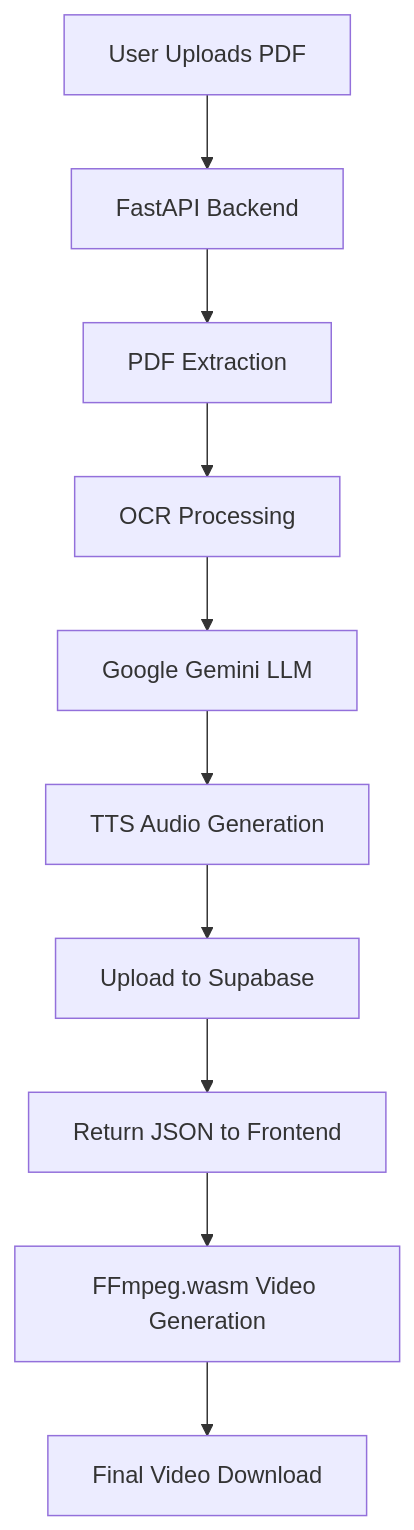
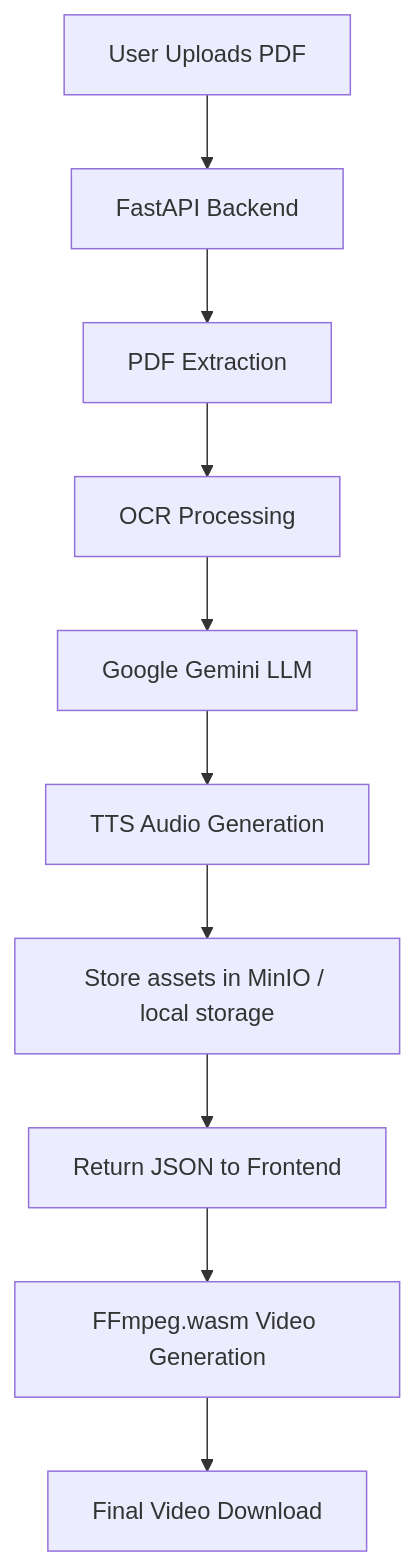
The diagram in platform/README.md (Adsryen/comic2video), drawn with Mermaid before and after one commit. The commit also changed other lines of this file and 5 other files, not shown here.

````diff
--- a/platform/README.md
+++ b/platform/README.md
@@ -106,14 +106,14 @@
 ```mermaid
 graph TB
     A[User Uploads PDF] --> B[FastAPI Backend]
     B --> C[PDF Extraction]
     C --> D[OCR Processing]
     D --> E[Google Gemini LLM]
     E --> F[TTS Audio Generation]
-    F --> G[Upload to Supabase]
+    F --> G[Store assets in MinIO / local storage]
     G --> H[Return JSON to Frontend]
     H --> I[FFmpeg.wasm Video Generation]
     I --> J[Final Video Download]
     
     
 ```
````
